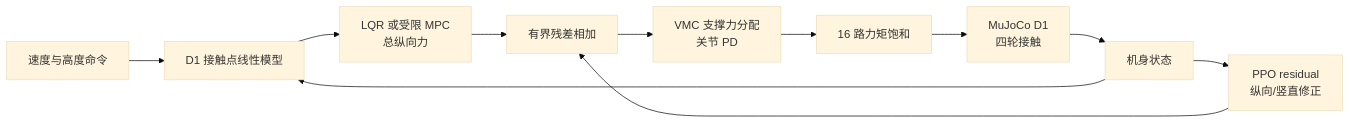
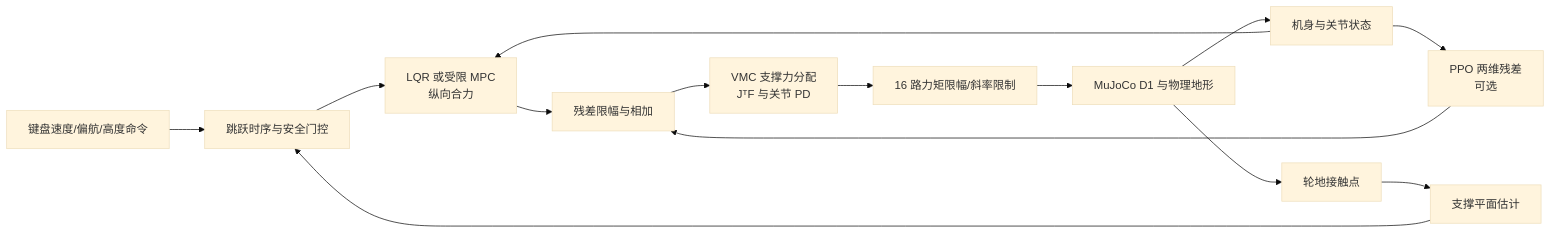
Before and after one commit to LYHrmer/wheel-legged-control-lab: the diagram in README.md, drawn with Mermaid (base theme). The commit also changed other lines of this file and 32 other files, not shown here.

````diff
--- a/README.md
+++ b/README.md
@@ -61,13 +76,16 @@
 ```mermaid
 flowchart LR
-    C[速度与高度命令] --> O[D1 接触点线性模型]
-    S[机身状态] --> O
-    O --> L[LQR 或受限 MPC<br/>总纵向力]
-    S --> P[PPO residual<br/>纵向/竖直修正]
-    L --> A[有界残差相加]
-    P --> A
-    A --> V[VMC 支撑力分配<br/>关节 PD]
-    V --> T[16 路力矩饱和]
-    T --> M[MuJoCo D1<br/>四轮接触]
+    K[键盘速度/偏航/高度命令] --> G[跳跃时序与安全门控]
+    C[轮地接触点] --> E[支撑平面估计]
+    E --> G
+    G --> O[LQR 或受限 MPC<br/>纵向合力]
+    S[机身与关节状态] --> O
+    S --> R[PPO 两维残差<br/>可选]
+    O --> A[残差限幅与相加]
+    R --> A
+    A --> V[VMC 支撑力分配<br/>JᵀF 与关节 PD]
+    V --> T[16 路力矩限幅/斜率限制]
+    T --> M[MuJoCo D1 与物理地形]
     M --> S
+    M --> C
 ```
````
